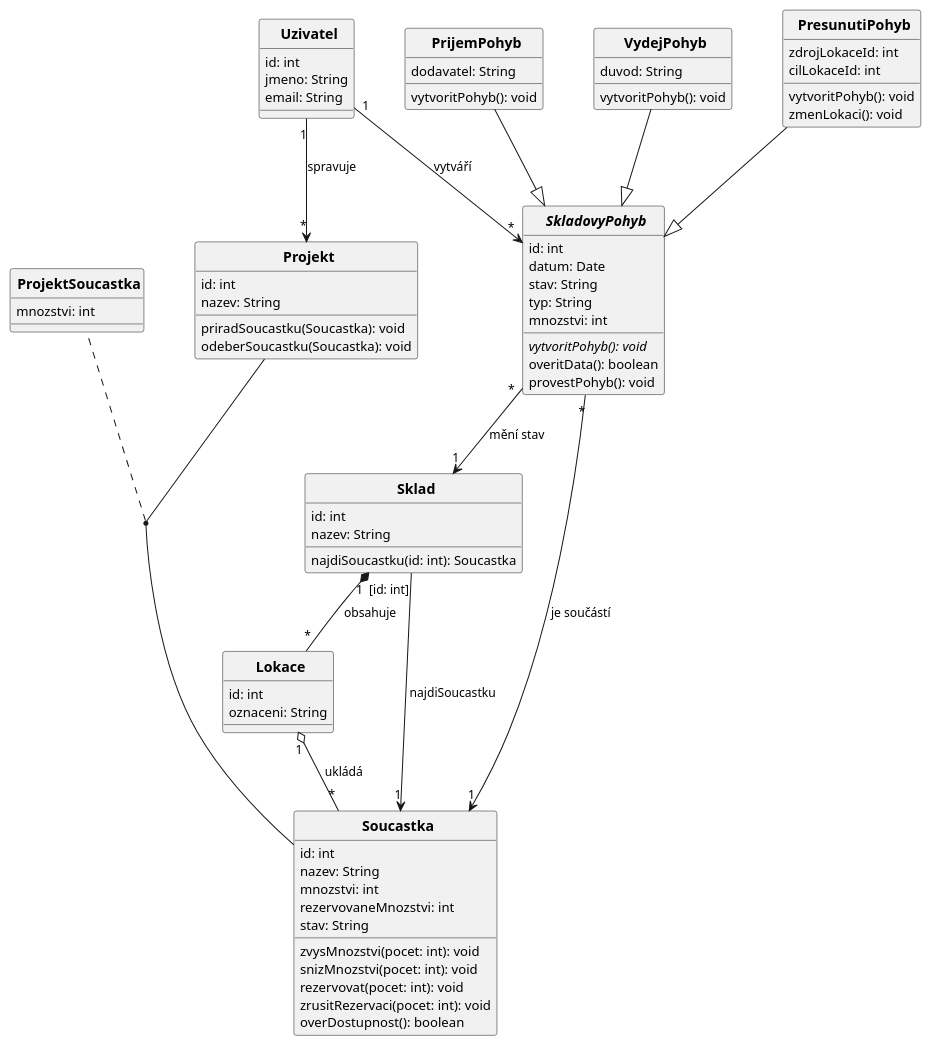
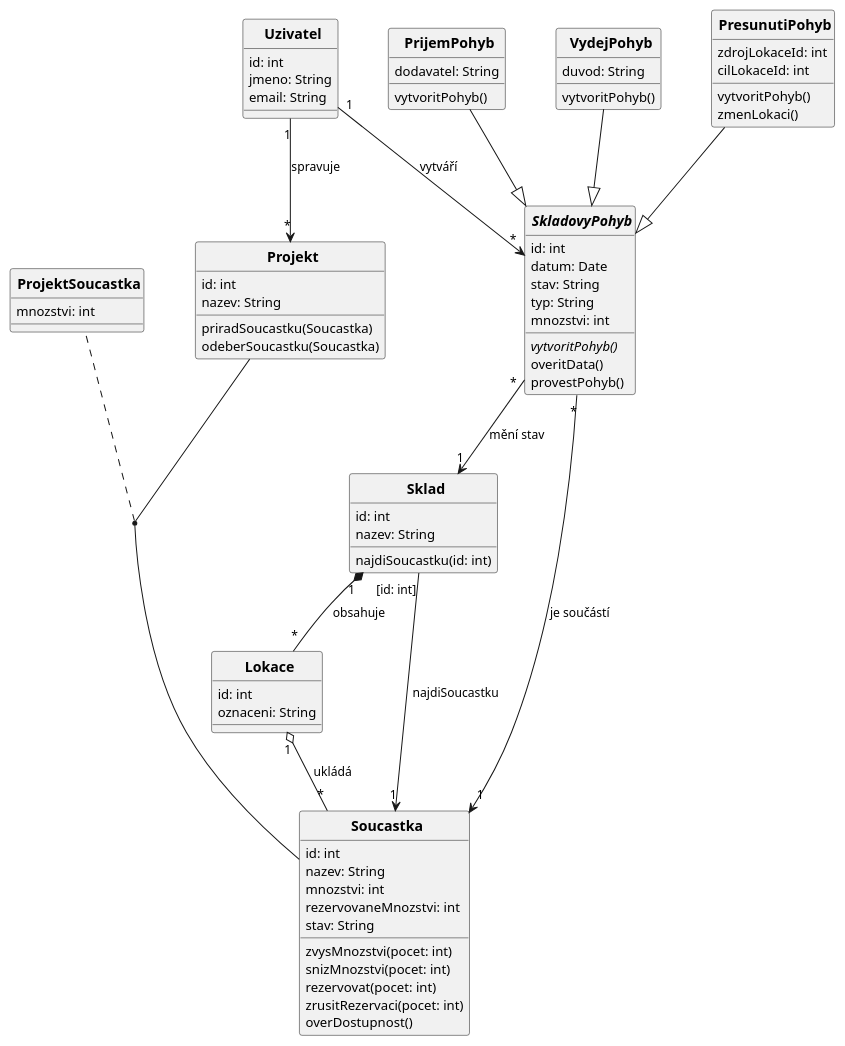
The diagram in diagrams/02_class_diagram.puml (lkvapil/kOdevzdaniProjektWMS), drawn with PlantUML before and after one commit. The commit also changed 1 other file, not shown here.

Commit message:
Class diagram – odstraněny návratové typy void/boolean

```diff
--- a/diagrams/02_class_diagram.puml
+++ b/diagrams/02_class_diagram.puml
@@ -1,106 +1,106 @@
 @startuml
 top to bottom direction
 skinparam CircledCharacterRadius 0
 skinparam CircledCharacterFontSize 0
 skinparam defaultFontSize 13
 skinparam classFontSize 14
 skinparam classFontStyle bold
 skinparam ArrowFontSize 12
 skinparam nodesep 50
 skinparam ranksep 60
 
 class Uzivatel {
   id: int
   jmeno: String
   email: String
 }
 
 class PrijemPohyb {
   dodavatel: String
-  vytvoritPohyb(): void
+  vytvoritPohyb()
 }
 
 class VydejPohyb {
   duvod: String
-  vytvoritPohyb(): void
+  vytvoritPohyb()
 }
 
 class PresunutiPohyb {
   zdrojLokaceId: int
   cilLokaceId: int
-  vytvoritPohyb(): void
-  zmenLokaci(): void
+  vytvoritPohyb()
+  zmenLokaci()
 }
 
 abstract class SkladovyPohyb {
   id: int
   datum: Date
   stav: String
   typ: String
   mnozstvi: int
-  {abstract} vytvoritPohyb(): void
-  overitData(): boolean
-  provestPohyb(): void
+  {abstract} vytvoritPohyb()
+  overitData()
+  provestPohyb()
 }
 
 class Projekt {
   id: int
   nazev: String
-  priradSoucastku(Soucastka): void
-  odeberSoucastku(Soucastka): void
+  priradSoucastku(Soucastka)
+  odeberSoucastku(Soucastka)
 }
 
 class ProjektSoucastka {
   mnozstvi: int
 }
 
 class Sklad {
   id: int
   nazev: String
-  najdiSoucastku(id: int): Soucastka
+  najdiSoucastku(id: int)
 }
 
 class Lokace {
   id: int
   oznaceni: String
 }
 
 class Soucastka {
   id: int
   nazev: String
   mnozstvi: int
   rezervovaneMnozstvi: int
   stav: String
-  zvysMnozstvi(pocet: int): void
-  snizMnozstvi(pocet: int): void
-  rezervovat(pocet: int): void
-  zrusitRezervaci(pocet: int): void
-  overDostupnost(): boolean
+  zvysMnozstvi(pocet: int)
+  snizMnozstvi(pocet: int)
+  rezervovat(pocet: int)
+  zrusitRezervaci(pocet: int)
+  overDostupnost()
 }
 
 ' ── Generalizace ──────────────────────────────────────────────────────────────
 PrijemPohyb    --|> SkladovyPohyb
 VydejPohyb     --|> SkladovyPohyb
 PresunutiPohyb --|> SkladovyPohyb
 
 ' ── Atribut spojení ───────────────────────────────────────────────────────────
 (Projekt, Soucastka) .. ProjektSoucastka
 Projekt -[hidden]left- ProjektSoucastka
 
 ' ── Kvalifikovaná vazba ───────────────────────────────────────────────────────
 Sklad "[id: int]" --> "1" Soucastka : najdiSoucastku
 
 ' ── Asociace ──────────────────────────────────────────────────────────────────
 SkladovyPohyb "*" --> "1" Soucastka     : je součástí
 Sklad         "1" *-- "*" Lokace        : obsahuje
 Lokace        "1" o-- "*" Soucastka     : ukládá
 SkladovyPohyb "*" --> "1" Sklad         : mění stav
 Uzivatel      "1" --> "*" SkladovyPohyb : vytváří
 Uzivatel      "1" --> "*" Projekt       : spravuje
 
 ' ── Layout ────────────────────────────────────────────────────────────────────
 Uzivatel    -[hidden]right- PrijemPohyb
 PrijemPohyb -[hidden]right- VydejPohyb
 VydejPohyb  -[hidden]right- PresunutiPohyb
 
 @enduml
```
